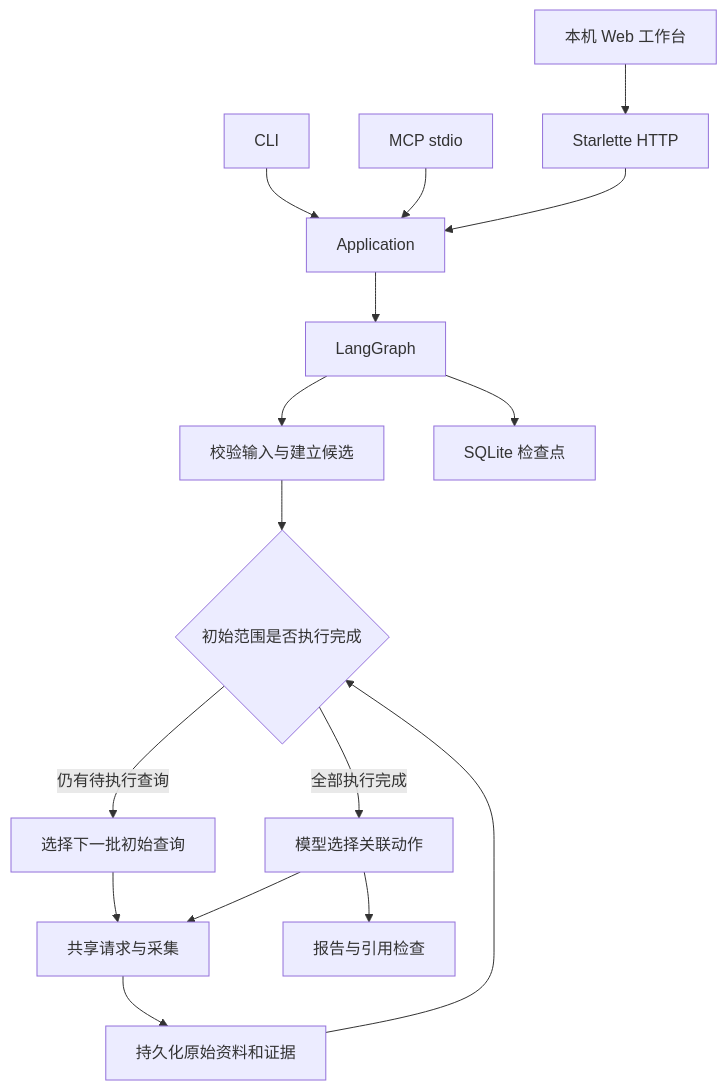
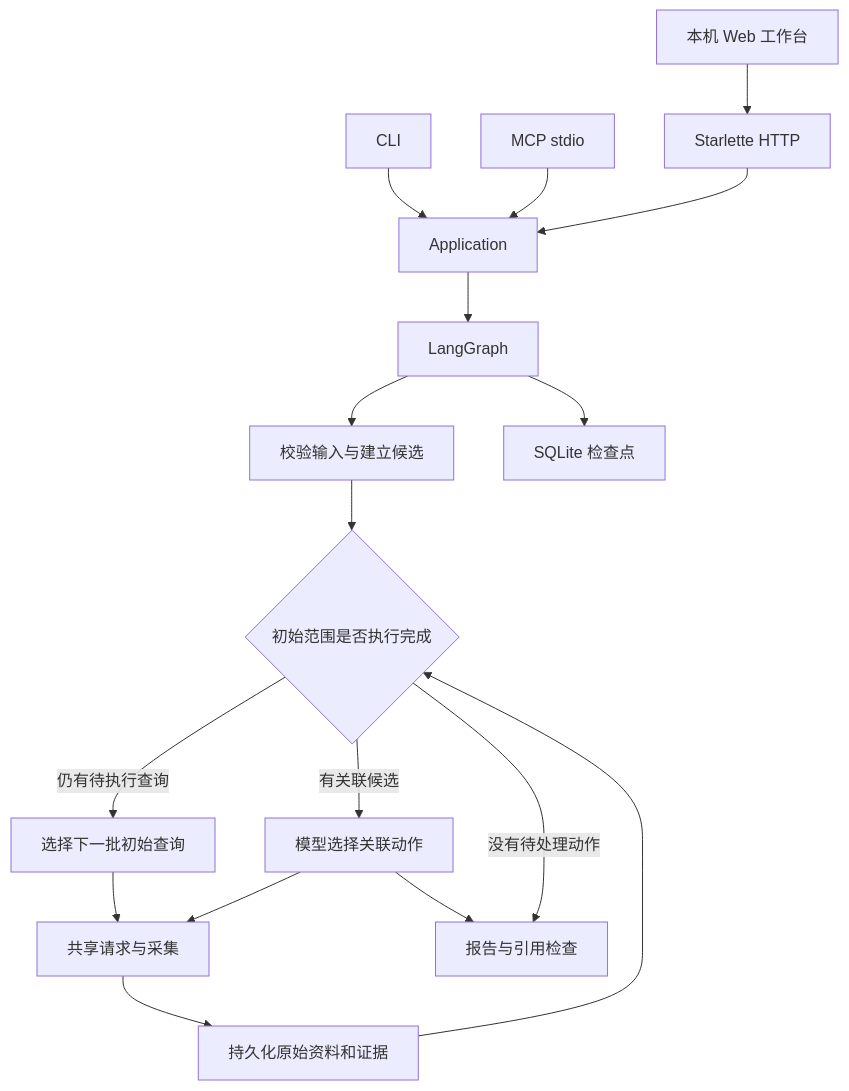
Before and after one commit to bei7777/KudoAgent: the diagram in docs/architecture.md, drawn with Mermaid. The commit also changed other lines of this file and 44 other files, not shown here.

````diff
--- a/docs/architecture.md
+++ b/docs/architecture.md
@@ -3,18 +3,19 @@
 ```mermaid
 flowchart TD
     CLI[CLI] --> APP[Application]
     MCP[MCP stdio] --> APP
     WEB[本机 Web 工作台] --> API[Starlette HTTP]
     API --> APP
     APP --> GRAPH[LangGraph]
     GRAPH --> SEED[校验输入与建立候选]
     SEED --> SCOPE{初始范围是否执行完成}
     SCOPE -->|仍有待执行查询| BATCH[选择下一批初始查询]
     BATCH --> EXEC[共享请求与采集]
-    SCOPE -->|全部执行完成| PLAN[模型选择关联动作]
+    SCOPE -->|有关联候选| PLAN[模型选择关联动作]
+    SCOPE -->|没有待处理动作| REPORT[报告与引用检查]
     PLAN --> EXEC
     EXEC --> STORE[持久化原始资料和证据]
     STORE --> SCOPE
-    PLAN --> REPORT[报告与引用检查]
+    PLAN --> REPORT
     GRAPH --> CHECKPOINT[SQLite 检查点]
 ```
````
